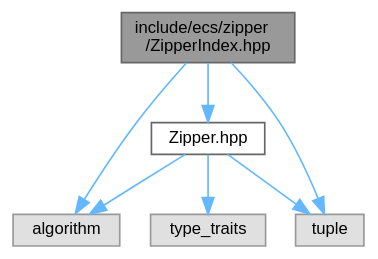
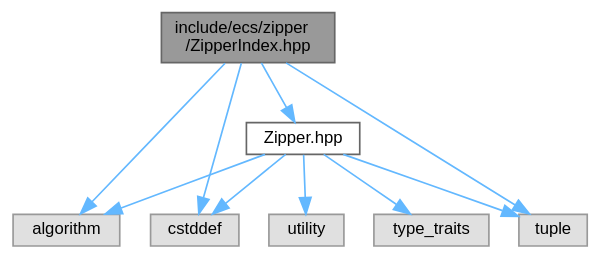
One commit to sami-hmr/R-Type changed the diagram in ZipperIndex_8hpp__incl.dot. Above: the diagram before and after it, drawn with Graphviz. The commit also changed 176 other files, not shown here.

```diff
--- a/ZipperIndex_8hpp__incl.dot
+++ b/ZipperIndex_8hpp__incl.dot
@@ -1,18 +1,23 @@
 digraph "include/ecs/zipper/ZipperIndex.hpp"
 {
  // LATEX_PDF_SIZE
   bgcolor="transparent";
   edge [fontname=Helvetica,fontsize=10,labelfontname=Helvetica,labelfontsize=10];
   node [fontname=Helvetica,fontsize=10,shape=box,height=0.2,width=0.4];
   Node1 [id="Node000001",label="include/ecs/zipper\l/ZipperIndex.hpp",height=0.2,width=0.4,color="gray40", fillcolor="grey60", style="filled", fontcolor="black",tooltip=" "];
   Node1 -> Node2 [id="edge1_Node000001_Node000002",color="steelblue1",style="solid",tooltip=" "];
   Node2 [id="Node000002",label="algorithm",height=0.2,width=0.4,color="grey60", fillcolor="#E0E0E0", style="filled",tooltip=" "];
   Node1 -> Node3 [id="edge2_Node000001_Node000003",color="steelblue1",style="solid",tooltip=" "];
-  Node3 [id="Node000003",label="tuple",height=0.2,width=0.4,color="grey60", fillcolor="#E0E0E0", style="filled",tooltip=" "];
+  Node3 [id="Node000003",label="cstddef",height=0.2,width=0.4,color="grey60", fillcolor="#E0E0E0", style="filled",tooltip=" "];
   Node1 -> Node4 [id="edge3_Node000001_Node000004",color="steelblue1",style="solid",tooltip=" "];
-  Node4 [id="Node000004",label="Zipper.hpp",height=0.2,width=0.4,color="grey40", fillcolor="white", style="filled",URL="$Zipper_8hpp.html",tooltip=" "];
-  Node4 -> Node2 [id="edge4_Node000004_Node000002",color="steelblue1",style="solid",tooltip=" "];
-  Node4 -> Node3 [id="edge5_Node000004_Node000003",color="steelblue1",style="solid",tooltip=" "];
-  Node4 -> Node5 [id="edge6_Node000004_Node000005",color="steelblue1",style="solid",tooltip=" "];
-  Node5 [id="Node000005",label="type_traits",height=0.2,width=0.4,color="grey60", fillcolor="#E0E0E0", style="filled",tooltip=" "];
+  Node4 [id="Node000004",label="tuple",height=0.2,width=0.4,color="grey60", fillcolor="#E0E0E0", style="filled",tooltip=" "];
+  Node1 -> Node5 [id="edge4_Node000001_Node000005",color="steelblue1",style="solid",tooltip=" "];
+  Node5 [id="Node000005",label="Zipper.hpp",height=0.2,width=0.4,color="grey40", fillcolor="white", style="filled",URL="$Zipper_8hpp.html",tooltip=" "];
+  Node5 -> Node2 [id="edge5_Node000005_Node000002",color="steelblue1",style="solid",tooltip=" "];
+  Node5 -> Node3 [id="edge6_Node000005_Node000003",color="steelblue1",style="solid",tooltip=" "];
+  Node5 -> Node4 [id="edge7_Node000005_Node000004",color="steelblue1",style="solid",tooltip=" "];
+  Node5 -> Node6 [id="edge8_Node000005_Node000006",color="steelblue1",style="solid",tooltip=" "];
+  Node6 [id="Node000006",label="type_traits",height=0.2,width=0.4,color="grey60", fillcolor="#E0E0E0", style="filled",tooltip=" "];
+  Node5 -> Node7 [id="edge9_Node000005_Node000007",color="steelblue1",style="solid",tooltip=" "];
+  Node7 [id="Node000007",label="utility",height=0.2,width=0.4,color="grey60", fillcolor="#E0E0E0", style="filled",tooltip=" "];
 }
```
